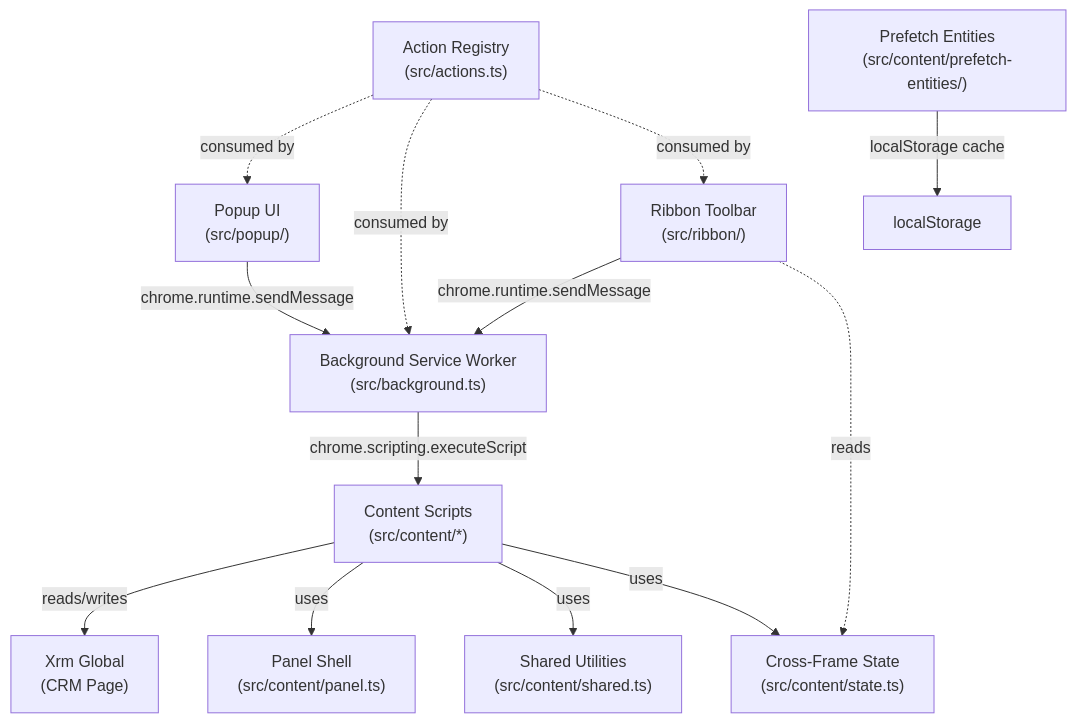
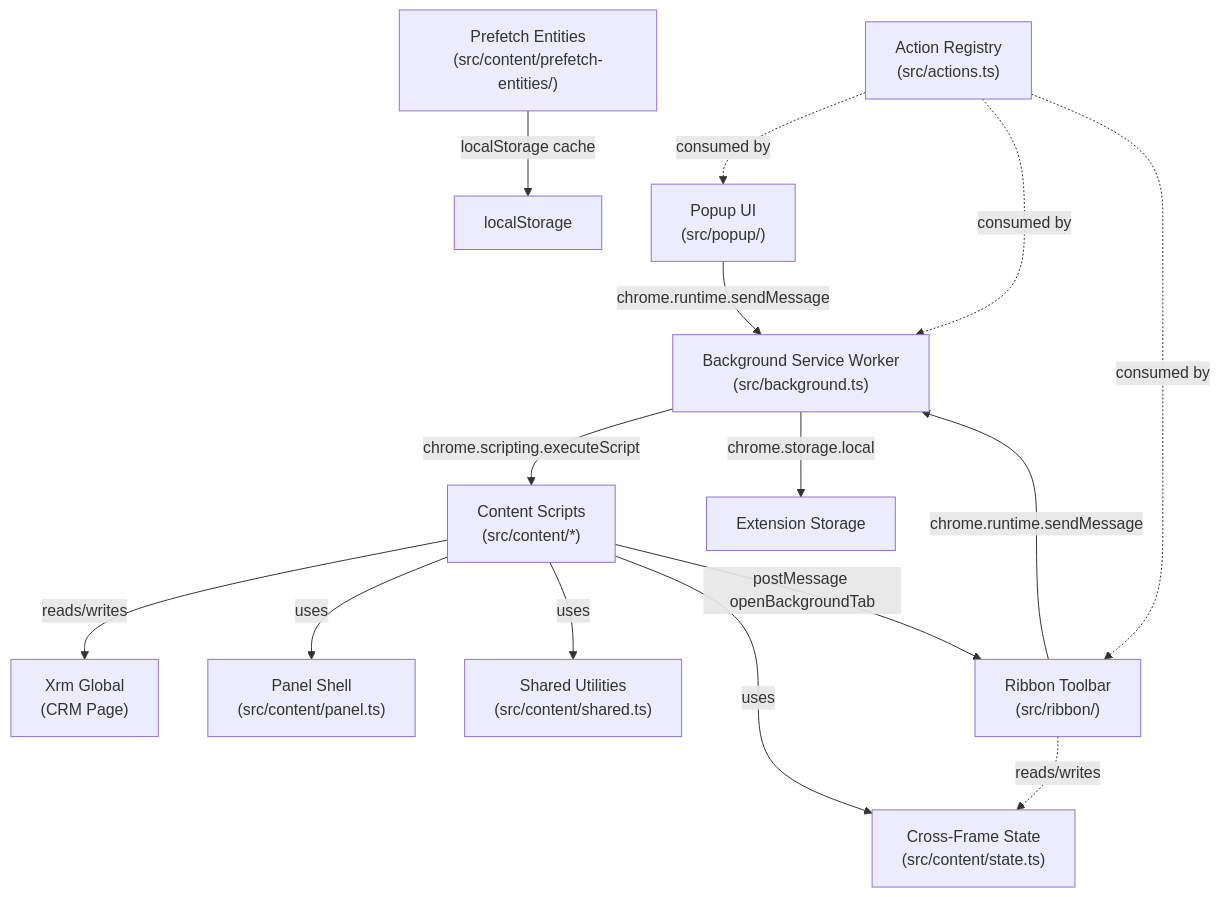
Before and after one commit to runembp/DynamicsCat: the diagram in docs/architecture.md, drawn with Mermaid. The commit also changed other lines of this file and 3 other files, not shown here.

````diff
--- a/docs/architecture.md
+++ b/docs/architecture.md
@@ -9,15 +9,17 @@
 ```mermaid
 graph TD
     Popup["Popup UI<br/>(src/popup/)"] -->|chrome.runtime.sendMessage| BG["Background Service Worker<br/>(src/background.ts)"]
     BG -->|chrome.scripting.executeScript| CS["Content Scripts<br/>(src/content/*)"]
+    BG -->|chrome.storage.local| Storage["Extension Storage"]
     Ribbon["Ribbon Toolbar<br/>(src/ribbon/)"] -->|chrome.runtime.sendMessage| BG
     Actions["Action Registry<br/>(src/actions.ts)"] -.->|consumed by| Popup
     Actions -.->|consumed by| BG
     Actions -.->|consumed by| Ribbon
     CS -->|reads/writes| Xrm["Xrm Global<br/>(CRM Page)"]
     CS -->|uses| Panel["Panel Shell<br/>(src/content/panel.ts)"]
     CS -->|uses| Shared["Shared Utilities<br/>(src/content/shared.ts)"]
     CS -->|uses| State["Cross-Frame State<br/>(src/content/state.ts)"]
     Prefetch["Prefetch Entities<br/>(src/content/prefetch-entities/)"] -->|localStorage cache| LS["localStorage"]
-    Ribbon -.->|reads| State
+    Ribbon -.->|reads/writes| State
+    CS -->|postMessage openBackgroundTab| Ribbon
 ```
````
